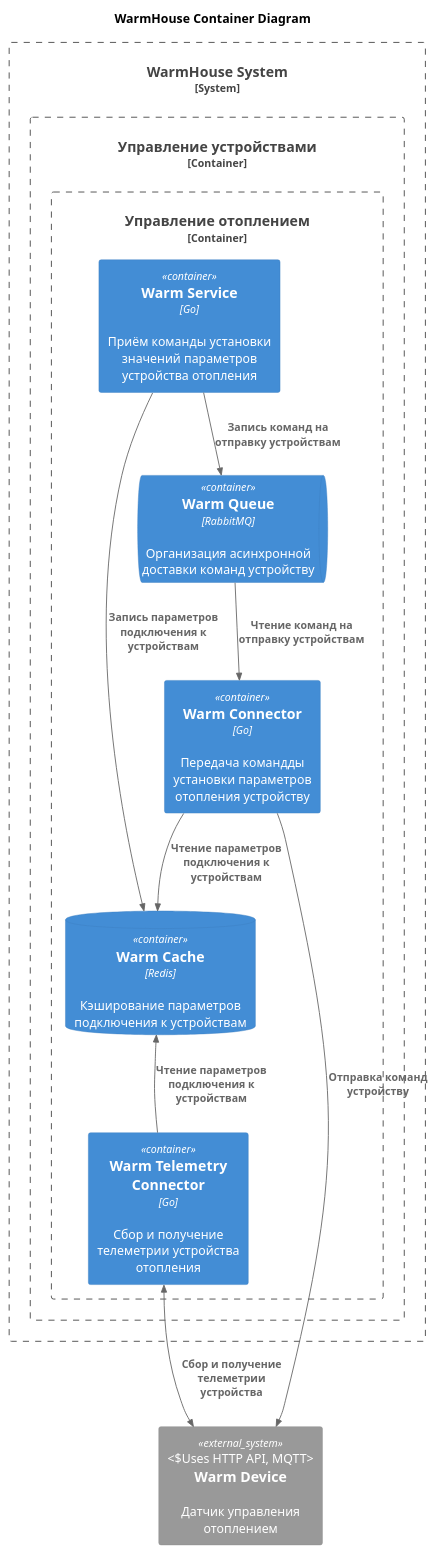
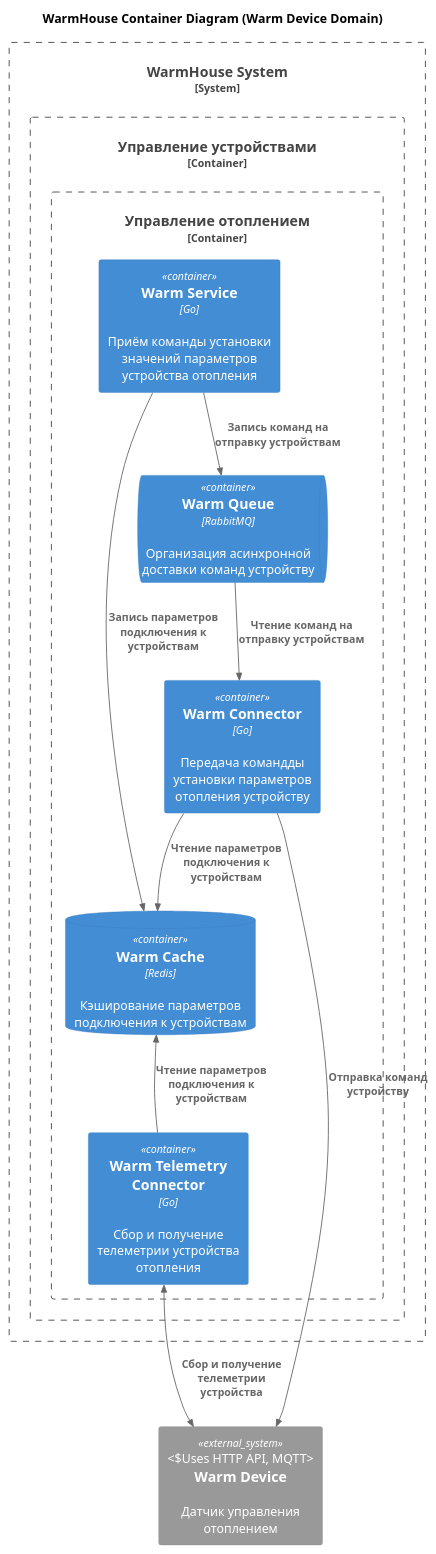
One commit to oreshkanet/ya-architecture-pro-warmhouse changed the diagram in diagrams/container/WarmHouse_Container_WarmDeviceDomain.puml. Above: the diagram before and after it, drawn with PlantUML. The commit also changed other lines of this file and 9 other files, not shown here.

Commit message:
User Device Domain

```diff
--- a/diagrams/container/WarmHouse_Container_WarmDeviceDomain.puml
+++ b/diagrams/container/WarmHouse_Container_WarmDeviceDomain.puml
@@ -2,33 +1,33 @@
-@startuml WarmHouse_Container_ToBe
-title WarmHouse Container Diagram
+@startuml WarmHouse_Container_WarmDeviceDomain
+title WarmHouse Container Diagram (Warm Device Domain)
 
 top to bottom direction
 
 !include ../c4/C4_Container.puml
 
 System_Ext(WarmDevice, "Warm Device", "Датчик управления отоплением", "Uses HTTP API, MQTT")
 
 System_Boundary(WarmHouseSystem, "WarmHouse System") {
   Container_Boundary(DeviceDomain, "Управление устройствами") {
     Container_Boundary(WarmDeviceDomain, "Управление отоплением") {
         Container(WarmConnector, "Warm Connector", "Go", "Передача командды установки параметров отопления устройству")
         Container(WarmTelemetryConnector, "Warm Telemetry Connector", "Go", "Сбор и получение телеметрии устройства отопления")
         ContainerQueue(WarmQueue, "Warm Queue", "RabbitMQ", "Организация асинхронной доставки команд устройству")
         Container(WarmService, "Warm Service", "Go", "Приём команды установки значений параметров устройства отопления") 
         ContainerDb(WarmCache, "Warm Cache", "Redis", "Кэширование параметров подключения к устройствам")
 
         Rel_D(WarmService, WarmCache, "Запись параметров подключения к устройствам")
         Rel_D(WarmConnector, WarmCache, "Чтение параметров подключения к устройствам")
         Rel_U(WarmTelemetryConnector, WarmCache, "Чтение параметров подключения к устройствам")
         Rel_D(WarmService, WarmQueue, "Запись команд на отправку устройствам")
         Rel_D(WarmQueue, WarmConnector, "Чтение команд на отправку устройствам")
 
     }
   }
 }
 
 ' Взаимодействие с внешними устройствами
 Rel(WarmConnector, WarmDevice, "Отправка команд устройству")
 BiRel(WarmTelemetryConnector, WarmDevice, "Сбор и получение телеметрии устройства")
 
 @enduml
```
